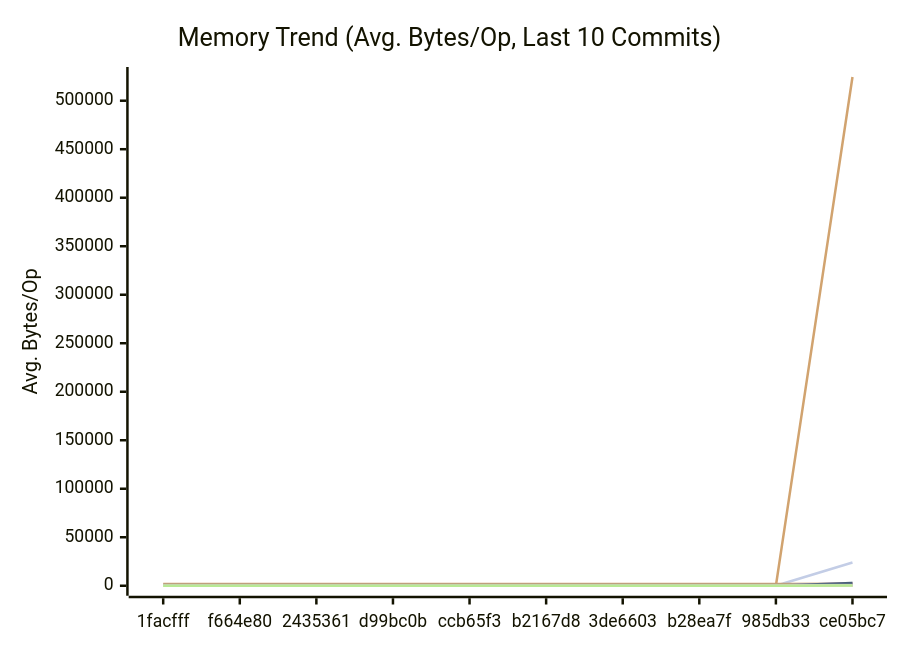
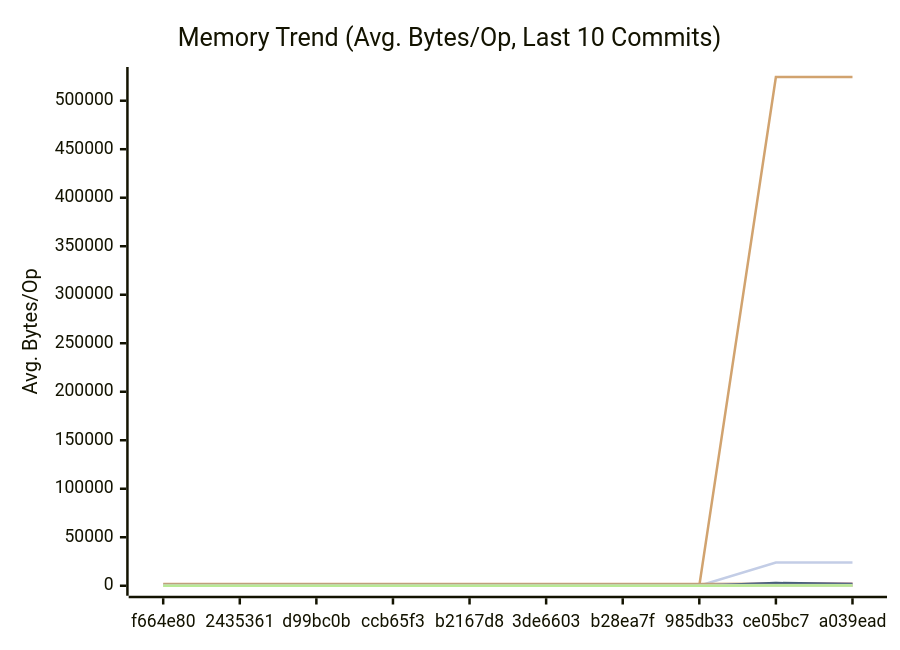
One commit to alsotoes/momo changed the second of 3 diagrams in docs/PERFORMANCE.md. Above: the diagram before and after it, drawn with Mermaid. The commit also changed other lines of this file and 42 other files, not shown here.

````diff
--- a/docs/PERFORMANCE.md
+++ b/docs/PERFORMANCE.md
@@ -300,42 +300,42 @@
 ```mermaid
 xychart-beta
     title "Memory Trend (Avg. Bytes/Op, Last 10 Commits)"
     x-axis "Commit"
     y-axis "Avg. Bytes/Op"
-    x-axis [1facfff,f664e80,2435361,d99bc0b,ccb65f3,b2167d8,3de6603,b28ea7f,985db33,ce05bc7]
-    line "AWSChunkedReaderSigned" [136,159,149,147,134,152,136,134,143,153]
-    line "AWSChunkedReaderUnsigned" [132,166,153,141,129,158,155,142,153,162]
+    x-axis [f664e80,2435361,d99bc0b,ccb65f3,b2167d8,3de6603,b28ea7f,985db33,ce05bc7,a039ead]
+    line "AWSChunkedReaderSigned" [159,149,147,134,152,136,134,143,153,142]
+    line "AWSChunkedReaderUnsigned" [166,153,141,129,158,155,142,153,162,145]
     line "CheckMetricsAndSwap" [0,0,0,0,0,0,0,0,0,0]
     line "CrushOptimized" [0,0,0,0,0,0,0,0,0,0]
     line "CrushOriginal" [164,164,164,164,164,164,164,164,164,164]
-    line "FormatListObjectsV2XML_AppendFormat" [0,0,0,0,0,0,0,0,0,524440]
-    line "FormatListObjectsV2XML_OldFormat" [0,0,0,0,0,0,0,0,0,24000]
-    line "HashBytes/1MiB" [0,0,0,0,0,0,0,0,0,356]
-    line "HashBytes/256MiB" [0,0,0,0,0,0,0,0,0,301]
-    line "HashBytes/64MiB" [0,0,0,0,0,0,0,0,0,351]
-    line "HashFile/1MiB" [0,0,0,0,0,0,0,0,0,305]
-    line "HashFile/256MiB" [0,0,0,0,0,0,0,0,0,298]
-    line "HashFile/64MiB" [0,0,0,0,0,0,0,0,0,332]
+    line "FormatListObjectsV2XML_AppendFormat" [0,0,0,0,0,0,0,0,524440,524442]
+    line "FormatListObjectsV2XML_OldFormat" [0,0,0,0,0,0,0,0,24000,24000]
+    line "HashBytes/1MiB" [0,0,0,0,0,0,0,0,356,303]
+    line "HashBytes/256MiB" [0,0,0,0,0,0,0,0,301,330]
+    line "HashBytes/64MiB" [0,0,0,0,0,0,0,0,351,280]
+    line "HashFile/1MiB" [0,0,0,0,0,0,0,0,305,271]
+    line "HashFile/256MiB" [0,0,0,0,0,0,0,0,298,291]
+    line "HashFile/64MiB" [0,0,0,0,0,0,0,0,332,283]
     line "IndexDirectTracking" [0,0,0,0,0,0,0,0,0,0]
     line "IndexSearch" [0,0,0,0,0,0,0,0,0,0]
-    line "LoadGlobalConfig" [1848,1848,1848,1848,1848,1848,1848,1848,1848,1976]
-    line "LocalWrite/1MiB" [0,0,0,0,0,0,0,0,0,2714]
-    line "LocalWrite/256MiB" [0,0,0,0,0,0,0,0,0,2563]
-    line "LocalWrite/64MiB" [0,0,0,0,0,0,0,0,0,2789]
+    line "LoadGlobalConfig" [1848,1848,1848,1848,1848,1848,1848,1848,1976,1976]
+    line "LocalWrite/1MiB" [0,0,0,0,0,0,0,0,2714,1959]
+    line "LocalWrite/256MiB" [0,0,0,0,0,0,0,0,2563,2177]
+    line "LocalWrite/64MiB" [0,0,0,0,0,0,0,0,2789,1880]
     line "PadString" [64,64,64,64,64,64,64,64,64,64]
     line "ParseReplicationOrder_NoPrealloc" [408,408,408,408,408,248,248,248,248,248]
     line "ParseReplicationOrder_Prealloc" [240,240,240,240,240,80,80,80,80,80]
-    line "Placement" [0,0,0,0,0,0,0,0,0,352]
-    line "PlacementDomainSpread" [0,0,0,0,0,0,0,0,0,352]
-    line "ReadVerify/1MiB" [0,0,0,0,0,0,0,0,0,316]
-    line "ReadVerify/256MiB" [0,0,0,0,0,0,0,0,0,322]
-    line "ReadVerify/64MiB" [0,0,0,0,0,0,0,0,0,316]
-    line "S3PutSpool/1MiB" [0,0,0,0,0,0,0,0,0,287]
-    line "S3PutSpool/256MiB" [0,0,0,0,0,0,0,0,0,254]
-    line "S3PutSpool/64MiB" [0,0,0,0,0,0,0,0,0,222]
+    line "Placement" [0,0,0,0,0,0,0,0,352,352]
+    line "PlacementDomainSpread" [0,0,0,0,0,0,0,0,352,352]
+    line "ReadVerify/1MiB" [0,0,0,0,0,0,0,0,316,252]
+    line "ReadVerify/256MiB" [0,0,0,0,0,0,0,0,322,287]
+    line "ReadVerify/64MiB" [0,0,0,0,0,0,0,0,316,322]
+    line "S3PutSpool/1MiB" [0,0,0,0,0,0,0,0,287,281]
+    line "S3PutSpool/256MiB" [0,0,0,0,0,0,0,0,254,245]
+    line "S3PutSpool/64MiB" [0,0,0,0,0,0,0,0,222,269]
     line "SanitizeLog/Safe" [0,0,0,0,0,0,0,0,0,0]
     line "SanitizeLog/Unsafe" [704,704,704,704,704,704,704,704,704,704]
-    line "TrustedRead/1MiB" [0,0,0,0,0,0,0,0,0,297]
-    line "TrustedRead/256MiB" [0,0,0,0,0,0,0,0,0,283]
-    line "TrustedRead/64MiB" [0,0,0,0,0,0,0,0,0,308]
+    line "TrustedRead/1MiB" [0,0,0,0,0,0,0,0,297,289]
+    line "TrustedRead/256MiB" [0,0,0,0,0,0,0,0,283,315]
+    line "TrustedRead/64MiB" [0,0,0,0,0,0,0,0,308,244]
 ```
````
